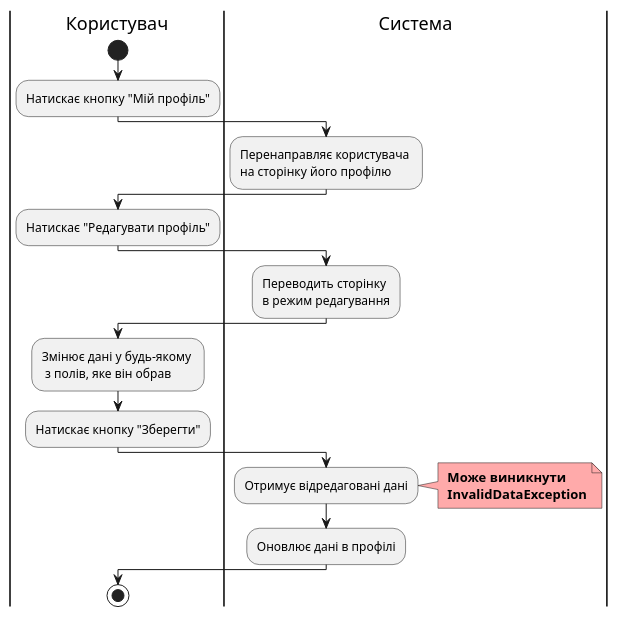
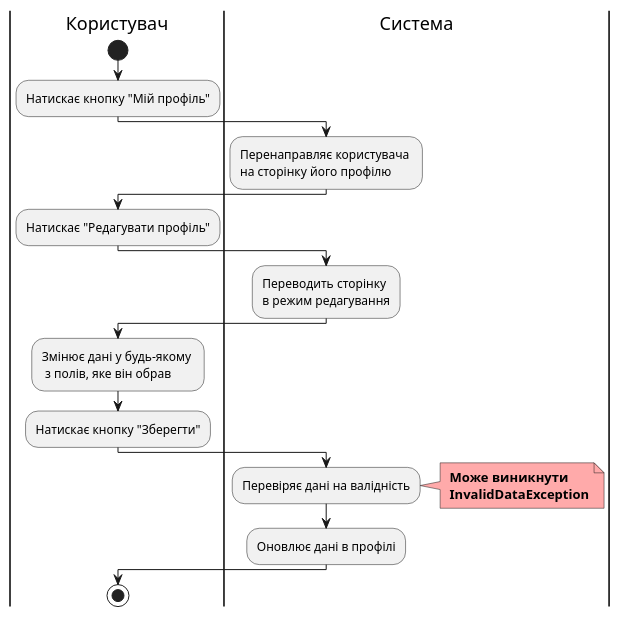
The third of 4 diagrams in docs/use cases/README.md (samoilenkomariia/db-coursework), drawn with PlantUML before and after one commit. The commit also changed other lines of this file, not shown here.

```diff
--- a/docs/use cases/README.md
+++ b/docs/use cases/README.md
@@ -96,30 +100,30 @@
 @startuml
 
     |Користувач|
       start;
         :Натискає кнопку "Мій профіль";
     |Система|
         :Перенаправляє користувача \nна сторінку його профілю;
         
     |Користувач|
         :Натискає "Редагувати профіль";
         
     |Система|
         :Переводить сторінку \nв режим редагування;
         
     |Користувач|
         :Змінює дані у будь-якому \n з полів, яке він обрав;
         :Натискає кнопку "Зберегти";
 
     |Система|
-        :Отримує відредаговані дані;
+        :Перевіряє дані на валідність;
         note right #ffaaaa
         <b> Може виникнути
         <b> InvalidDataException
         end note
         :Оновлює дані в профілі;
         
   |Користувач|
     stop;
     
 @enduml
```
